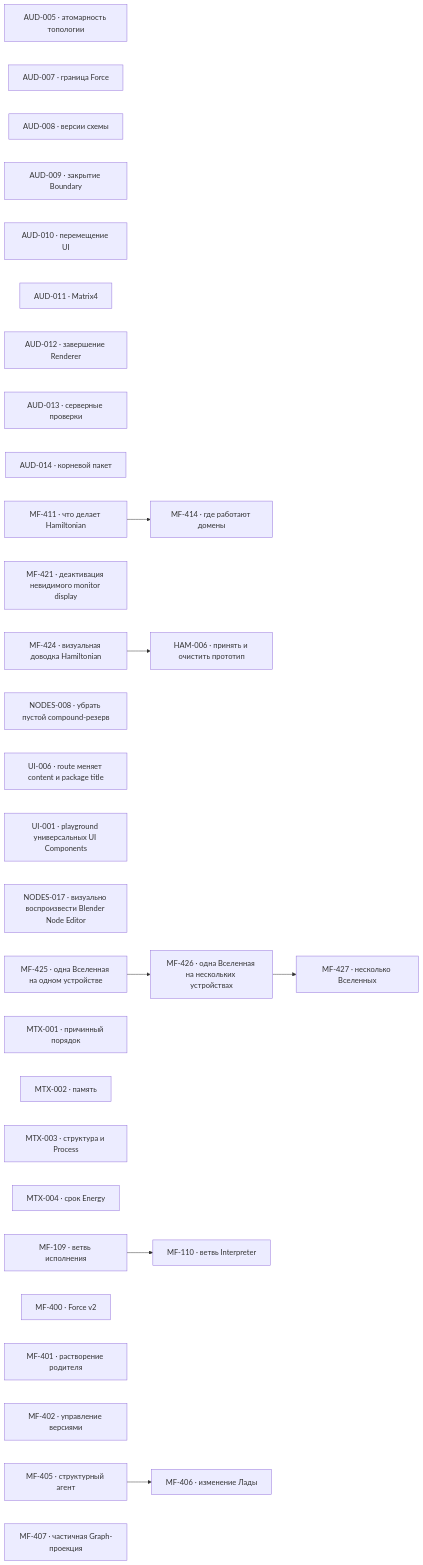
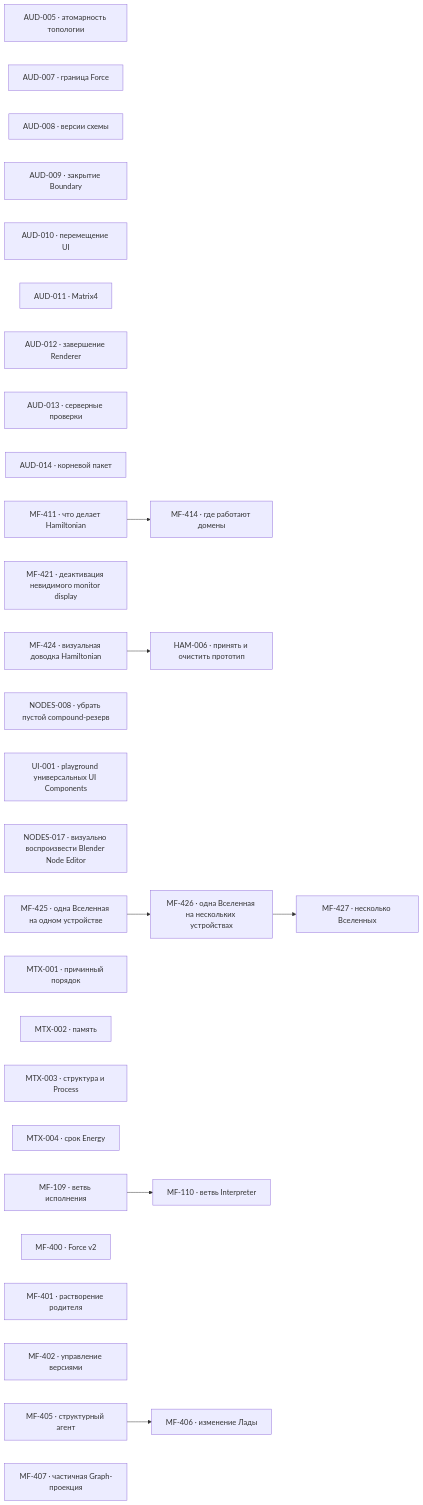
Before and after one commit to zavx0z/metafor: the diagram in project/TODO.md, drawn with Mermaid. The commit also changed other lines of this file and 1 other file, not shown here.

Commit message:
project(UI-006): close route content and title corrections

````diff
--- a/project/TODO.md
+++ b/project/TODO.md
@@ -13,42 +13,41 @@
 ```mermaid
 flowchart LR
     AUD005["AUD-005 · атомарность топологии"]
     AUD007["AUD-007 · граница Force"]
     AUD008["AUD-008 · версии схемы"]
     AUD009["AUD-009 · закрытие Boundary"]
     AUD010["AUD-010 · перемещение UI"]
     AUD011["AUD-011 · Matrix4"]
     AUD012["AUD-012 · завершение Renderer"]
     AUD013["AUD-013 · серверные проверки"]
     AUD014["AUD-014 · корневой пакет"]
     MF411["MF-411 · что делает Hamiltonian"]
     MF414["MF-414 · где работают домены"]
     MF421["MF-421 · деактивация невидимого monitor display"]
     MF424["MF-424 · визуальная доводка Hamiltonian"]
     HAM006["HAM-006 · принять и очистить прототип"]
     NODES008["NODES-008 · убрать пустой compound-резерв"]
-    UI006["UI-006 · route меняет content и package title"]
     UI001["UI-001 · playground универсальных UI Components"]
     NODES017["NODES-017 · визуально воспроизвести Blender Node Editor"]
     MF425["MF-425 · одна Вселенная на одном устройстве"]
     MF426["MF-426 · одна Вселенная на нескольких устройствах"]
     MF427["MF-427 · несколько Вселенных"]
     MTX001["MTX-001 · причинный порядок"]
     MTX002["MTX-002 · память"]
     MTX003["MTX-003 · структура и Process"]
     MTX004["MTX-004 · срок Energy"]
     MF109["MF-109 · ветвь исполнения"]
     MF110["MF-110 · ветвь Interpreter"]
     MF400["MF-400 · Force v2"]
     MF401["MF-401 · растворение родителя"]
     MF402["MF-402 · управление версиями"]
     MF405["MF-405 · структурный агент"]
     MF406["MF-406 · изменение Лады"]
     MF407["MF-407 · частичная Graph-проекция"]
     MF109 --> MF110
     MF405 --> MF406
     MF411 --> MF414
     MF424 --> HAM006
     MF425 --> MF426
     MF426 --> MF427
 ```
````
